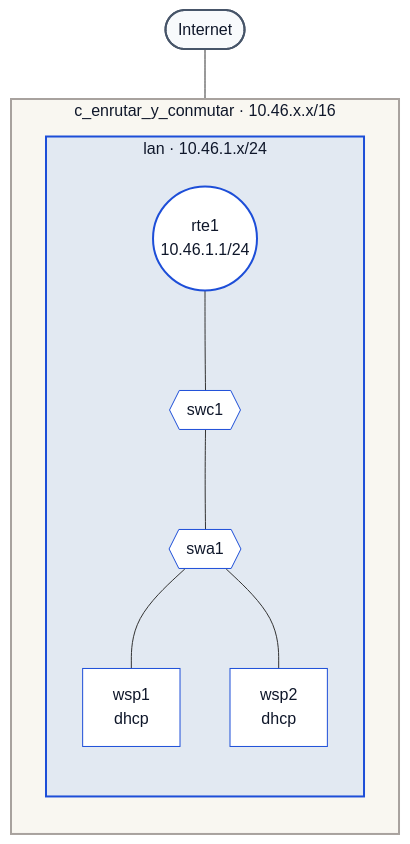
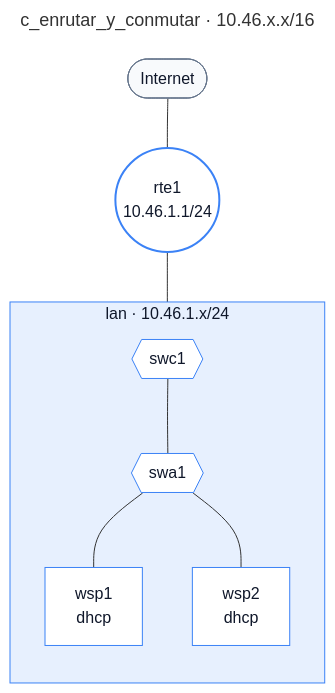
One commit to MagicJF/NetLabs changed the first of 2 diagrams in labs/c_enrutar_y_conmutar/c_enrutar_y_conmutar.md. Above: the diagram before and after it, drawn with Mermaid. The commit also changed other lines of this file and 3 other files, not shown here.

````diff
--- a/labs/c_enrutar_y_conmutar/c_enrutar_y_conmutar.md
+++ b/labs/c_enrutar_y_conmutar/c_enrutar_y_conmutar.md
@@ -13,33 +13,31 @@
 ```mermaid
+---
+title: c_enrutar_y_conmutar · 10.46.x.x/16
+---
 flowchart TB
-    classDef contorno fill:#f5f0e6,fill-opacity:0.55,stroke:#a8a29e,stroke-width:2px,color:#0f172a
-    classDef red fill:#3b82f6,fill-opacity:0.12,stroke:#1d4ed8,stroke-width:2px,color:#0f172a
-    classDef equipo fill:#ffffff,stroke:#1d4ed8,stroke-width:1px,color:#0f172a
-    classDef puerta fill:#ffffff,stroke:#1d4ed8,stroke-width:2px,color:#0f172a
-    classDef internet fill:#f8fafc,stroke:#475569,stroke-width:2px,color:#0f172a
+    classDef red fill:#3b82f6,fill-opacity:0.12,stroke:#3b82f6,stroke-width:1px,color:#0f172a
+    classDef equipo fill:#ffffff,stroke:#3b82f6,stroke-width:1px,color:#0f172a
+    classDef puerta fill:#ffffff,stroke:#3b82f6,stroke-width:2px,color:#0f172a
+    classDef internet fill:#f8fafc,stroke:#64748b,stroke-width:1px,color:#0f172a
     internet(["Internet"])
     class internet internet
-    subgraph contorno["c_enrutar_y_conmutar · 10.46.x.x/16"]
+    n_rte1(("rte1<br/>10.46.1.1/24"))
+    class n_rte1 puerta
+    subgraph red0["lan · 10.46.1.x/24"]
         direction TB
-        subgraph red0["lan · 10.46.1.x/24"]
-            direction TB
-            n_rte1(("rte1<br/>10.46.1.1/24"))
-            class n_rte1 puerta
-            n_swc1{{"swc1"}}
-            class n_swc1 equipo
-            n_swa1{{"swa1"}}
-            class n_swa1 equipo
-            n_wsp1["wsp1<br/>dhcp"]
-            class n_wsp1 equipo
-            n_wsp2["wsp2<br/>dhcp"]
-            class n_wsp2 equipo
-        end
-        class red0 red
+        n_swc1{{"swc1"}}
+        class n_swc1 equipo
+        n_swa1{{"swa1"}}
+        class n_swa1 equipo
+        n_wsp1["wsp1<br/>dhcp"]
+        class n_wsp1 equipo
+        n_wsp2["wsp2<br/>dhcp"]
+        class n_wsp2 equipo
     end
-    class contorno contorno
+    class red0 red
     internet --- n_rte1
     n_rte1 --- n_swc1
     n_swc1 --- n_swa1
     n_swa1 --- n_wsp1
     n_swa1 --- n_wsp2
 ```
````
